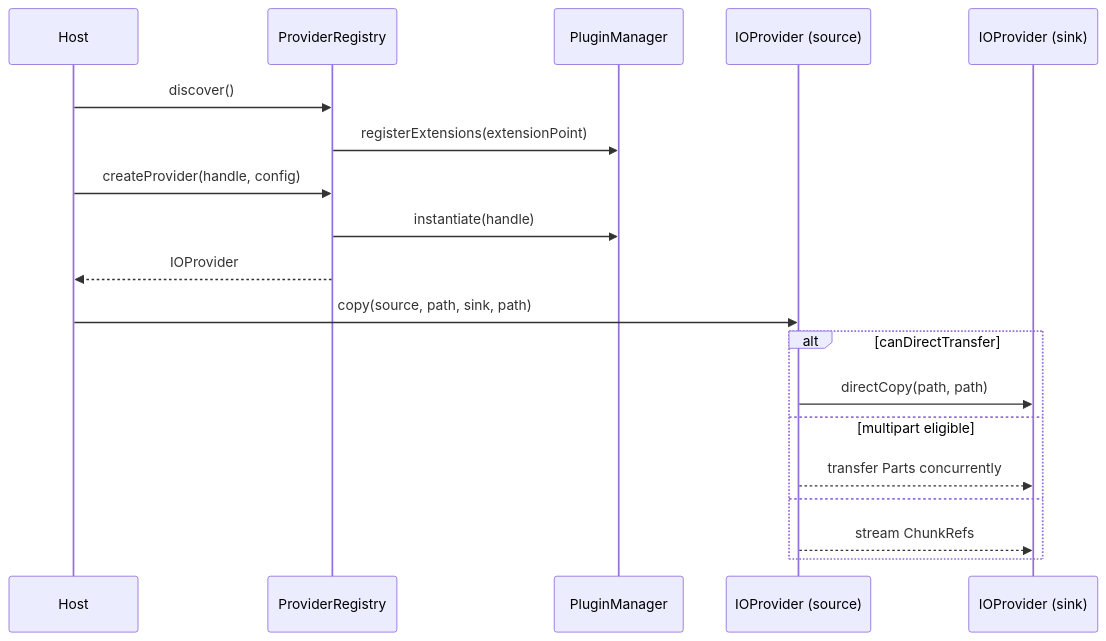
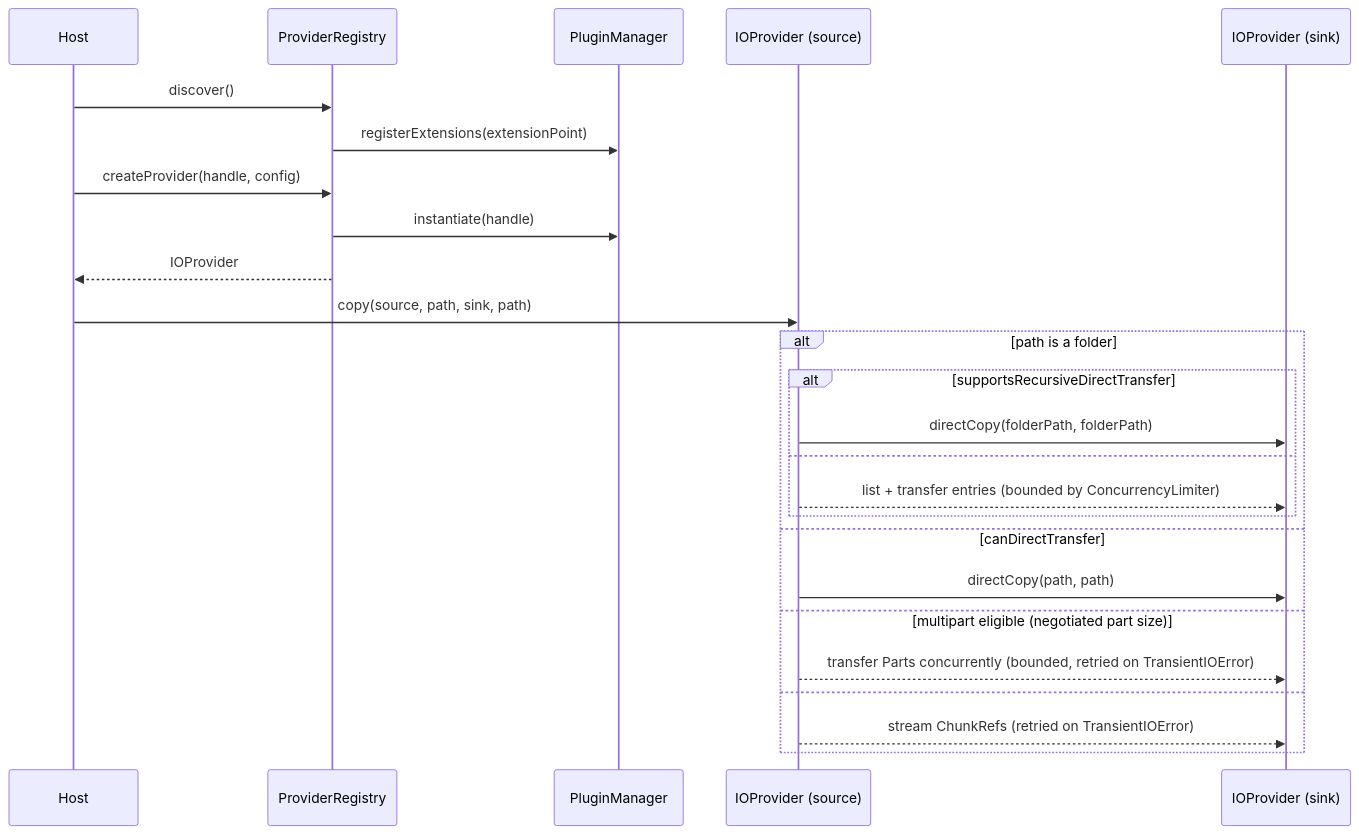
One commit to flowscripter/pluggable-io-framework changed the diagram in README.md. Above: the diagram before and after it, drawn with Mermaid. The commit also changed other lines of this file and 11 other files, not shown here.

First line of the commit message:
feat: add multipart part-size negotiation, recursive copy/move, concurrency limiting, and retries (#10)

````diff
--- a/README.md
+++ b/README.md
@@ -102,23 +169,29 @@
 ```mermaid
 sequenceDiagram
     participant Host
     participant ProviderRegistry
     participant PluginManager
     participant Source as IOProvider (source)
     participant Sink as IOProvider (sink)
 
     Host->>ProviderRegistry: discover()
     ProviderRegistry->>PluginManager: registerExtensions(extensionPoint)
     Host->>ProviderRegistry: createProvider(handle, config)
     ProviderRegistry->>PluginManager: instantiate(handle)
     ProviderRegistry-->>Host: IOProvider
 
     Host->>Source: copy(source, path, sink, path)
-    alt canDirectTransfer
+    alt path is a folder
+        alt supportsRecursiveDirectTransfer
+            Source->>Sink: directCopy(folderPath, folderPath)
+        else
+            Source-->>Sink: list + transfer entries (bounded by ConcurrencyLimiter)
+        end
+    else canDirectTransfer
         Source->>Sink: directCopy(path, path)
-    else multipart eligible
-        Source-->>Sink: transfer Parts concurrently
+    else multipart eligible (negotiated part size)
+        Source-->>Sink: transfer Parts concurrently (bounded, retried on TransientIOError)
     else
-        Source-->>Sink: stream ChunkRefs
+        Source-->>Sink: stream ChunkRefs (retried on TransientIOError)
     end
 ```
````
